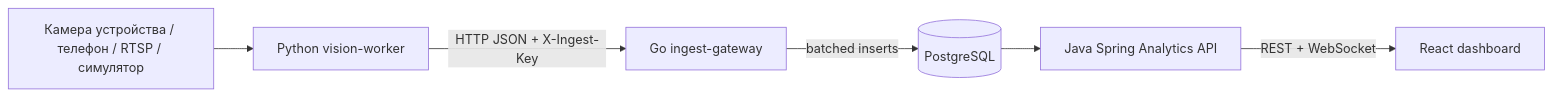
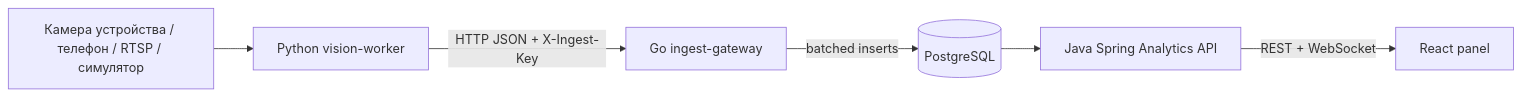
Before and after one commit to fakedesyncc/AudienceFlow: the diagram in README.md, drawn with Mermaid. The commit also changed other lines of this file and 6 other files, not shown here.

````diff
--- a/README.md
+++ b/README.md
@@ -32,8 +47,8 @@
 ```mermaid
 flowchart LR
     Camera["Камера устройства / телефон / RTSP / симулятор"] --> Worker["Python vision-worker"]
     Worker -->|"HTTP JSON + X-Ingest-Key"| Gateway["Go ingest-gateway"]
     Gateway -->|"batched inserts"| DB[(PostgreSQL)]
     DB --> API["Java Spring Analytics API"]
-    API -->|"REST + WebSocket"| Web["React dashboard"]
+    API -->|"REST + WebSocket"| Web["React panel"]
 ```
````
